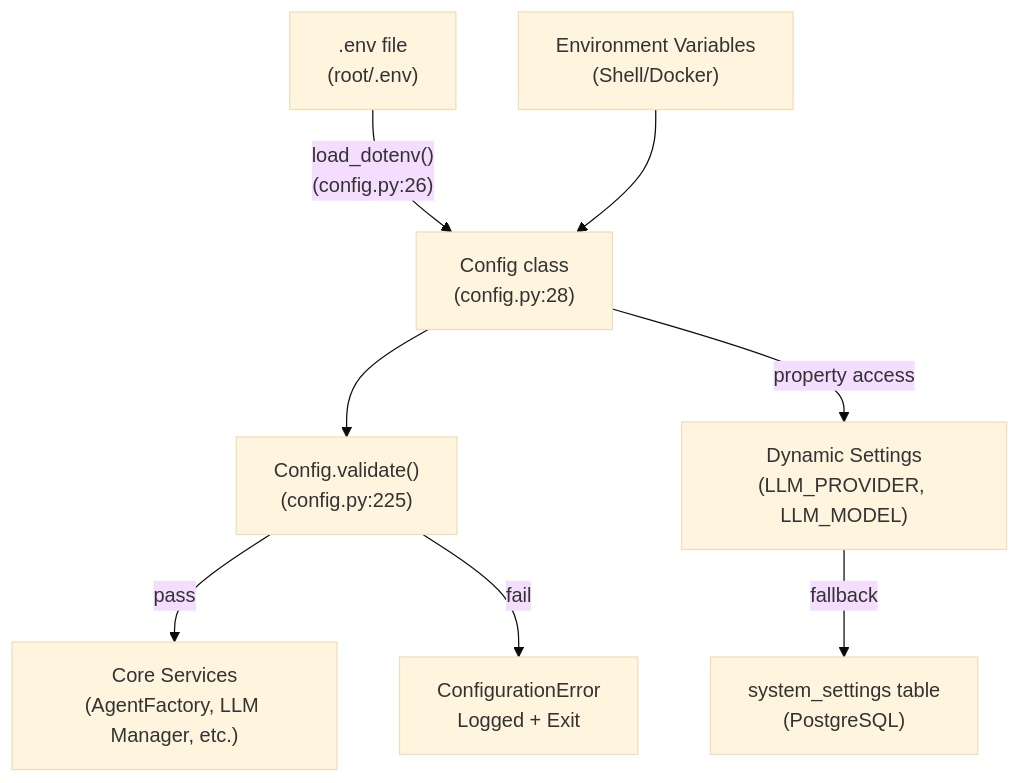
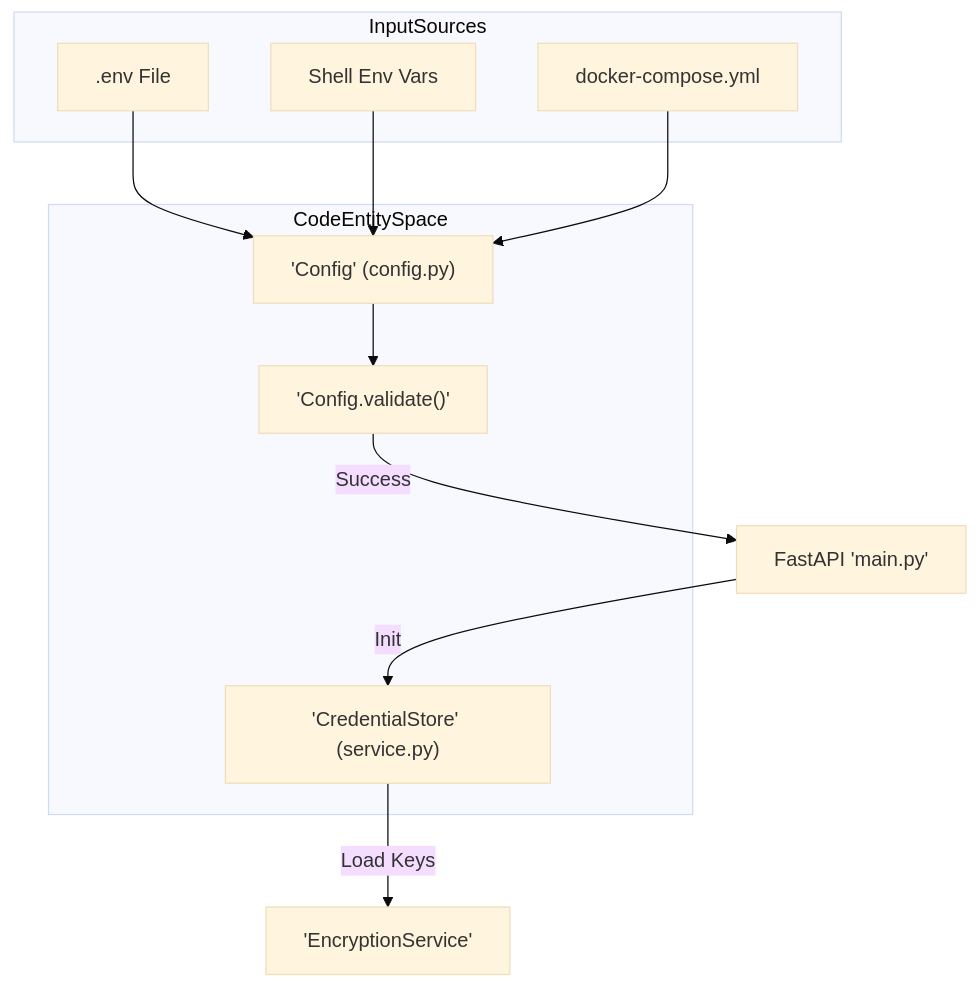
The first of 3 diagrams in docs/getting-started/configuration-guide.md (AutomatosAI/automatos-ai), drawn with Mermaid (base theme) before and after one commit. The commit also changed other lines of this file and 149 other files, not shown here.

Commit message:
docs: refresh documentation with graphify semantic scan

````diff
--- a/docs/getting-started/configuration-guide.md
+++ b/docs/getting-started/configuration-guide.md
@@ -40,17 +39,24 @@
 ```mermaid
 graph TB
-    EnvFile[".env file<br/>(root/.env)"]
-    EnvVars["Environment Variables<br/>(Shell/Docker)"]
-    ConfigClass["Config class<br/>(config.py:28)"]
-    Validation["Config.validate()<br/>(config.py:225)"]
-    Services["Core Services<br/>(AgentFactory, LLM Manager, etc.)"]
+    subgraph "InputSources"
+        EnvFile[".env File"]
+        ShellVars["Shell Env Vars"]
+        DockerCompose["docker-compose.yml"]
+    end
+
+    subgraph "CodeEntitySpace"
+        ConfigClass["'Config' (config.py)"]
+        Validation["'Config.validate()'"]
+        CredentialStore["'CredentialStore' (service.py)"]
+    end
+
+    EnvFile --> ConfigClass
+    ShellVars --> ConfigClass
+    DockerCompose --> ConfigClass
     
-    EnvFile -->|"load_dotenv()<br/>(config.py:26)"| ConfigClass
-    EnvVars --> ConfigClass
     ConfigClass --> Validation
-    Validation -->|"pass"| Services
-    Validation -->|"fail"| Error["ConfigurationError<br/>Logged + Exit"]
+    Validation -->|"Success"| AppStartup["FastAPI 'main.py'"]
     
-    ConfigClass -->|"property access"| Dynamic["Dynamic Settings<br/>(LLM_PROVIDER, LLM_MODEL)"]
-    Dynamic -->|"fallback"| Database["system_settings table<br/>(PostgreSQL)"]
+    AppStartup -->|"Init"| CredentialStore
+    CredentialStore -->|"Load Keys"| Encryption["'EncryptionService'"]
 ```
````
